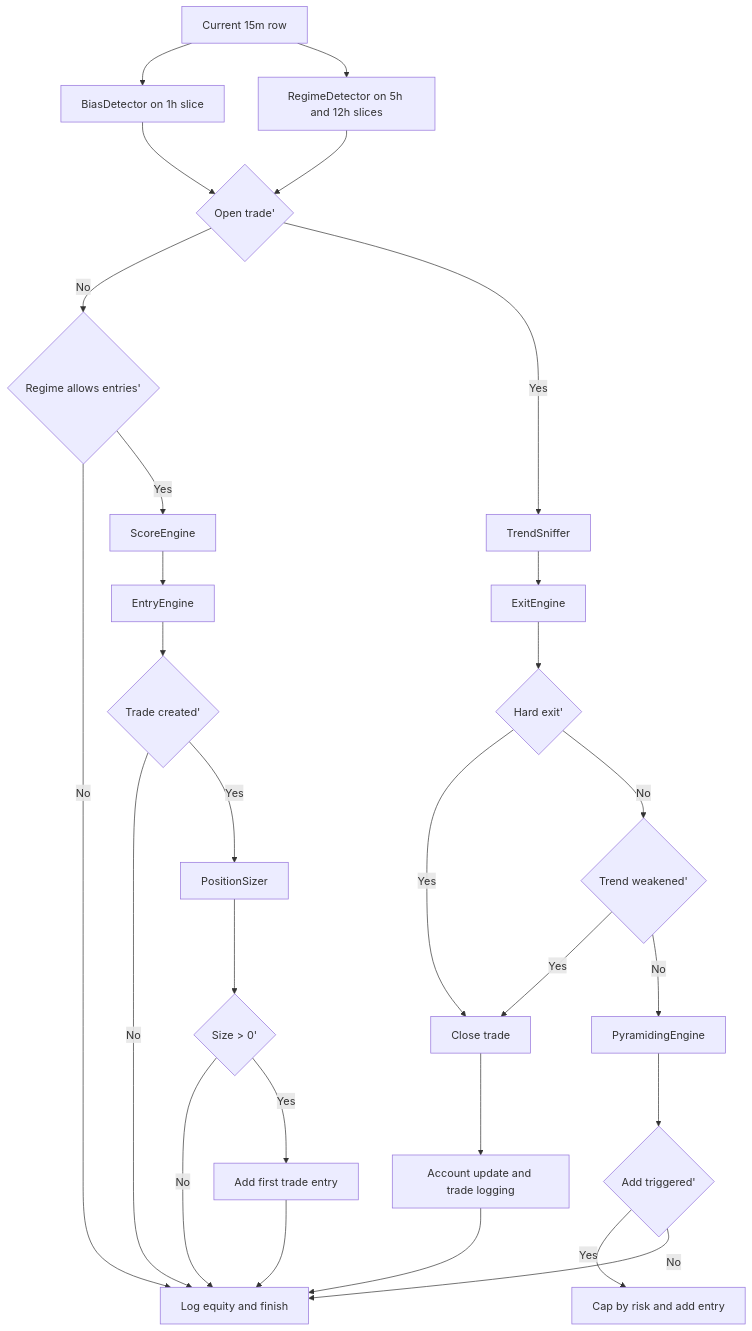
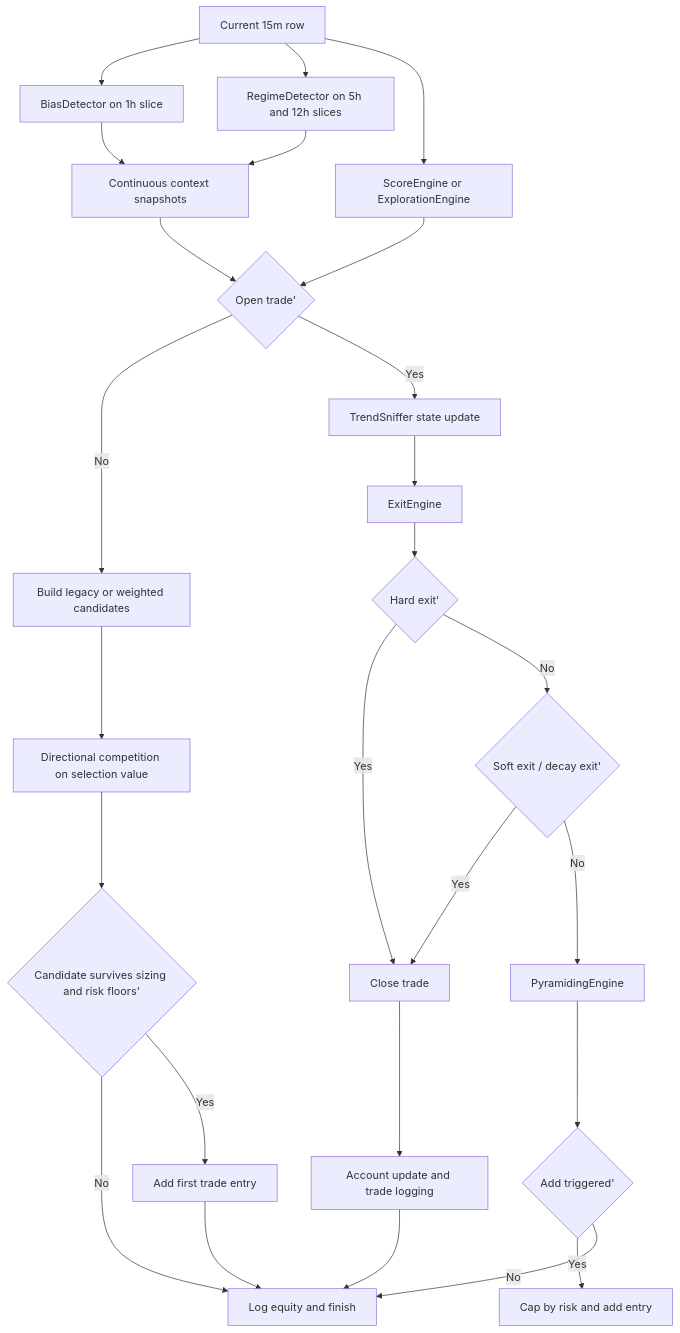
Before and after one commit to nneupane1/Retail-Trading-System: the second of 2 diagrams in README.md, drawn with Mermaid. The commit also changed other lines of this file and 21 other files, not shown here.

Commit message:
Refactor weighted opportunity flow and refresh README

````diff
--- a/README.md
+++ b/README.md
@@ -823,30 +889,28 @@
 ```mermaid
 flowchart TD
     A[Current 15m row] --> B[BiasDetector on 1h slice]
     A --> C[RegimeDetector on 5h and 12h slices]
-    B --> D{Open trade'}
-    C --> D
-    D -- No --> E{Regime allows entries'}
-    E -- No --> Z[Log equity and finish]
-    E -- Yes --> F[ScoreEngine]
-    F --> G[EntryEngine]
-    G --> H{Trade created'}
-    H -- No --> Z
-    H -- Yes --> I[PositionSizer]
-    I --> J{Size > 0'}
-    J -- No --> Z
+    A --> F[ScoreEngine or ExplorationEngine]
+    B --> G[Continuous context snapshots]
+    C --> G
+    G --> D{Open trade'}
+    F --> D
+    D -- No --> H[Build legacy or weighted candidates]
+    H --> I[Directional competition on selection value]
+    I --> J{Candidate survives sizing and risk floors'}
+    J -- No --> Z[Log equity and finish]
     J -- Yes --> K[Add first trade entry]
     K --> Z
-    D -- Yes --> L[TrendSniffer]
+    D -- Yes --> L[TrendSniffer state update]
     L --> M[ExitEngine]
     M --> N{Hard exit'}
     N -- Yes --> O[Close trade]
-    N -- No --> P{Trend weakened'}
+    N -- No --> P{Soft exit / decay exit'}
     P -- Yes --> O
     P -- No --> Q[PyramidingEngine]
     Q --> R{Add triggered'}
     R -- Yes --> S[Cap by risk and add entry]
     R -- No --> Z
     O --> T[Account update and trade logging]
     T --> Z
 ```
````
